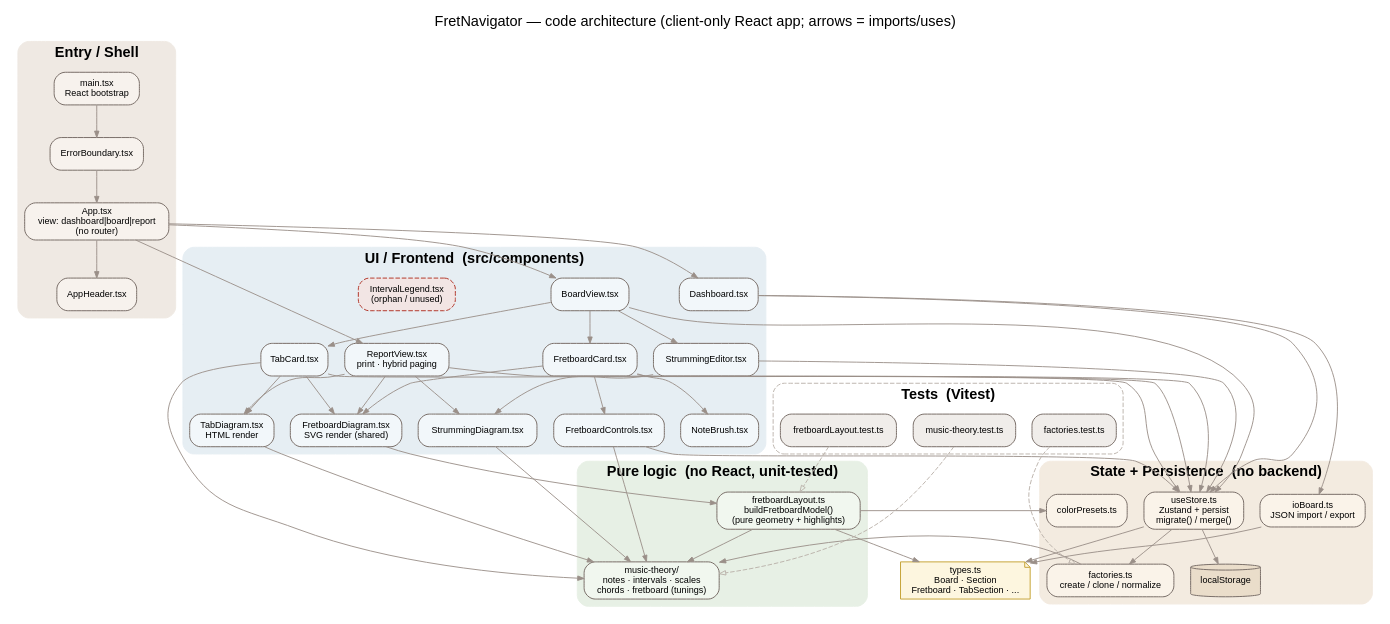
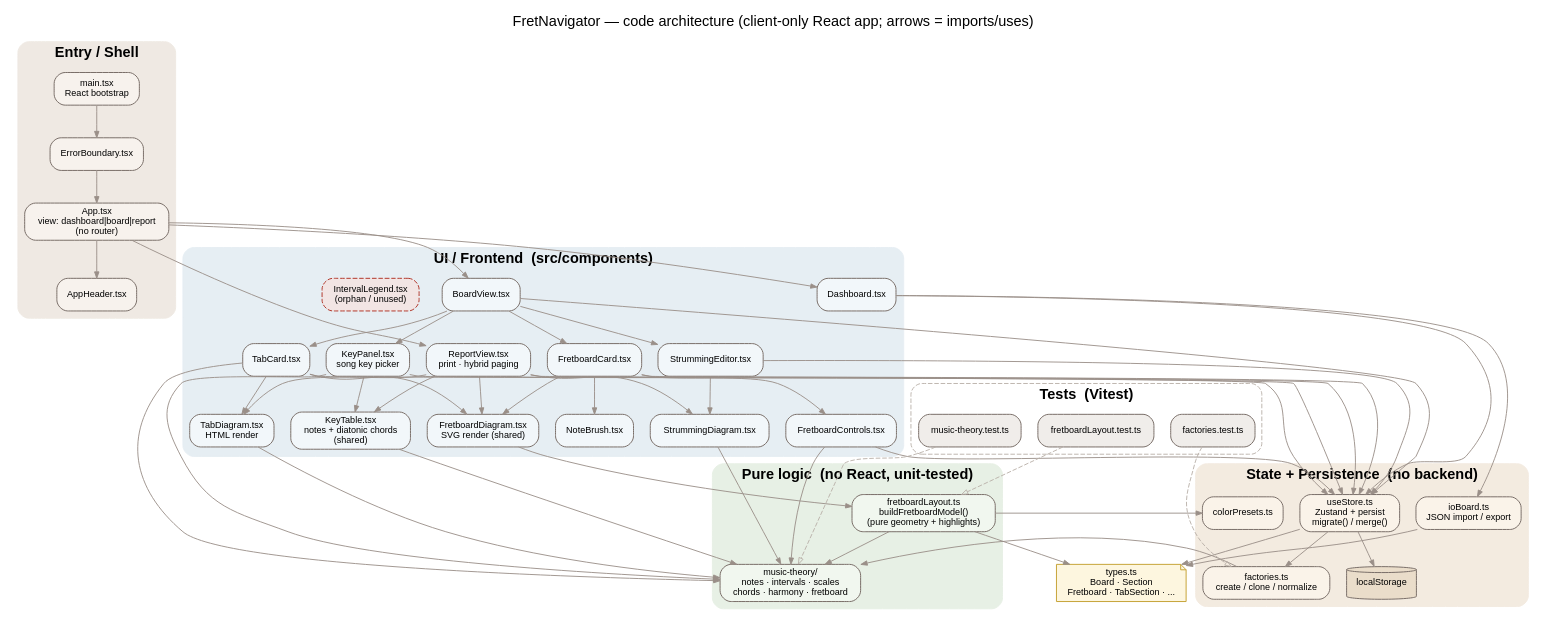
Before and after one commit to acamoes/FretNavigator: the diagram in architecture.dot, drawn with Graphviz. The commit also changed 14 other files, not shown here.

```diff
--- a/architecture.dot
+++ b/architecture.dot
@@ -1,133 +1,141 @@
 // FretNavigator — code architecture.
 // Render:  dot -Tsvg architecture.dot -o architecture.svg
 // Or paste into https://dreampuf.github.io/GraphvizOnline or https://edotor.net
 //
 // Arrows read "imports / uses". Dependency direction flows downward:
 // UI  ->  State + Persistence  ->  Pure logic. The pure logic never imports UI.
 
 digraph FretNavigator {
   rankdir=TB;
   compound=true;
   labelloc="t";
   fontname="Helvetica";
   fontsize=16;
   label="FretNavigator — code architecture (client-only React app; arrows = imports/uses)";
 
   node [shape=box, style="rounded,filled", fontname="Helvetica", fontsize=10, color="#7a6f69", penwidth=1.1];
   edge [color="#9a8f88", fontname="Helvetica", fontsize=8, arrowsize=0.7];
 
   // ---------------- Entry / shell ----------------
   subgraph cluster_shell {
     label="Entry / Shell";
     fontname="Helvetica-Bold"; style="rounded,filled"; color="#efe9e3";
     node [fillcolor="#f7f2ed"];
     main   [label="main.tsx\nReact bootstrap"];
     eb     [label="ErrorBoundary.tsx"];
     app    [label="App.tsx\nview: dashboard|board|report\n(no router)"];
     header [label="AppHeader.tsx"];
   }
 
   // ---------------- UI / Frontend ----------------
   subgraph cluster_ui {
     label="UI / Frontend  (src/components)";
     fontname="Helvetica-Bold"; style="rounded,filled"; color="#e6eef3";
     node [fillcolor="#f2f7fa"];
     dash  [label="Dashboard.tsx"];
     bv    [label="BoardView.tsx"];
     rv    [label="ReportView.tsx\nprint · hybrid paging"];
     fc    [label="FretboardCard.tsx"];
     fctrl [label="FretboardControls.tsx"];
     fd    [label="FretboardDiagram.tsx\nSVG render (shared)"];
     nb    [label="NoteBrush.tsx"];
     se    [label="StrummingEditor.tsx"];
     sd    [label="StrummingDiagram.tsx"];
     tc    [label="TabCard.tsx"];
     td    [label="TabDiagram.tsx\nHTML render"];
+    kp    [label="KeyPanel.tsx\nsong key picker"];
+    kt    [label="KeyTable.tsx\nnotes + diatonic chords\n(shared)"];
     il    [label="IntervalLegend.tsx\n(orphan / unused)", fillcolor="#f2e5e4", color="#b23a2e", style="rounded,filled,dashed"];
   }
 
   // ---------------- Pure logic ----------------
   subgraph cluster_logic {
     label="Pure logic  (no React, unit-tested)";
     fontname="Helvetica-Bold"; style="rounded,filled"; color="#e7f0e5";
     node [fillcolor="#f1f7ef"];
     fl [label="fretboardLayout.ts\nbuildFretboardModel()\n(pure geometry + highlights)"];
-    mt [label="music-theory/\nnotes · intervals · scales\nchords · fretboard (tunings)"];
+    mt [label="music-theory/\nnotes · intervals · scales\nchords · harmony · fretboard"];
   }
 
   // ---------------- State + persistence ----------------
   subgraph cluster_state {
     label="State + Persistence  (no backend)";
     fontname="Helvetica-Bold"; style="rounded,filled"; color="#f3ebe0";
     node [fillcolor="#faf3e9"];
     store [label="useStore.ts\nZustand + persist\nmigrate() / merge()"];
     fact  [label="factories.ts\ncreate / clone / normalize"];
     io    [label="ioBoard.ts\nJSON import / export"];
     cp    [label="colorPresets.ts"];
     ls    [label="localStorage", shape=cylinder, fillcolor="#eaddca"];
   }
 
   types [label="types.ts\nBoard · Section\nFretboard · TabSection · ...", shape=note, fillcolor="#fdf6df", color="#c7a53a"];
 
   // ---------------- Tests ----------------
   subgraph cluster_tests {
     label="Tests  (Vitest)";
     fontname="Helvetica-Bold"; style="rounded,dashed"; color="#b9b0a8";
     node [fillcolor="#f0edea"];
     t1 [label="music-theory.test.ts"];
     t2 [label="fretboardLayout.test.ts"];
     t3 [label="factories.test.ts"];
   }
 
   // ---------------- Edges: shell ----------------
   main -> eb -> app;
   app -> header;
   app -> dash;
   app -> bv;
   app -> rv;
 
   // ---------------- Edges: UI composition ----------------
   bv -> se;
+  bv -> kp;
   bv -> fc;
   bv -> tc;
+  kp -> kt;
   fc -> fctrl;
   fc -> fd;
   fc -> nb;
   se -> sd;
   tc -> td;
   tc -> fd;
   rv -> fd;
   rv -> td;
   rv -> sd;
+  rv -> kt;
 
   // ---------------- Edges: UI -> logic / state ----------------
   fd -> fl;
   fl -> mt;
   fl -> cp;
   fctrl -> mt;
   tc -> mt;
   td -> mt;
   sd -> mt;
+  kt -> mt;
+  kp -> mt;
+  kp -> store;
   dash -> store;
   dash -> io;
   bv -> store;
   fc -> store;
   fctrl -> store;
   se -> store;
   tc -> store;
   rv -> store;
 
   // ---------------- Edges: state internals ----------------
   store -> fact;
   store -> ls;
   fact -> mt;
   io -> types;
   store -> types;
   fl -> types;
 
   // ---------------- Edges: tests (dashed, "covers") ----------------
   edge [style=dashed, arrowhead=empty, color="#b9b0a8"];
   t1 -> mt;
   t2 -> fl;
   t3 -> fact;
 }
```
